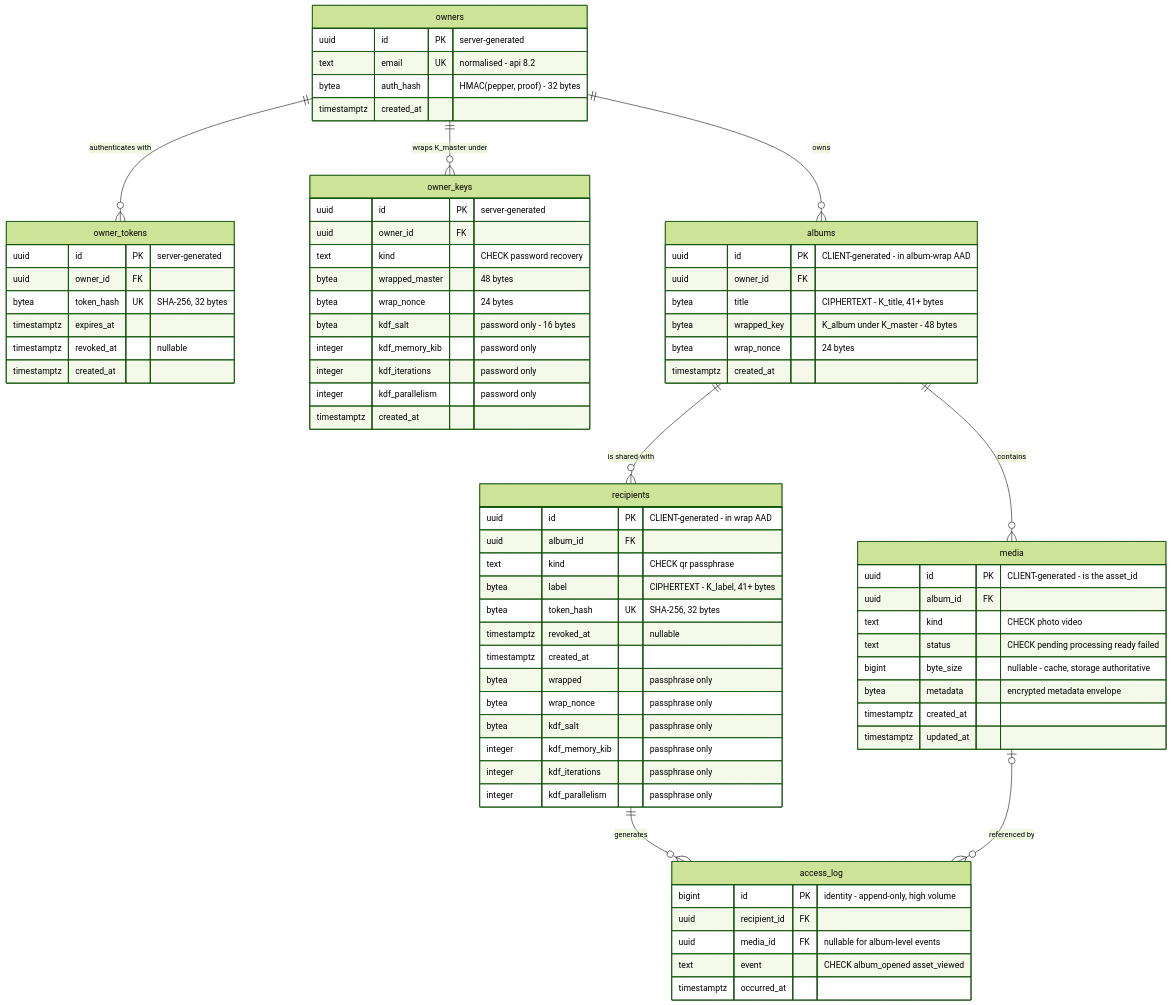
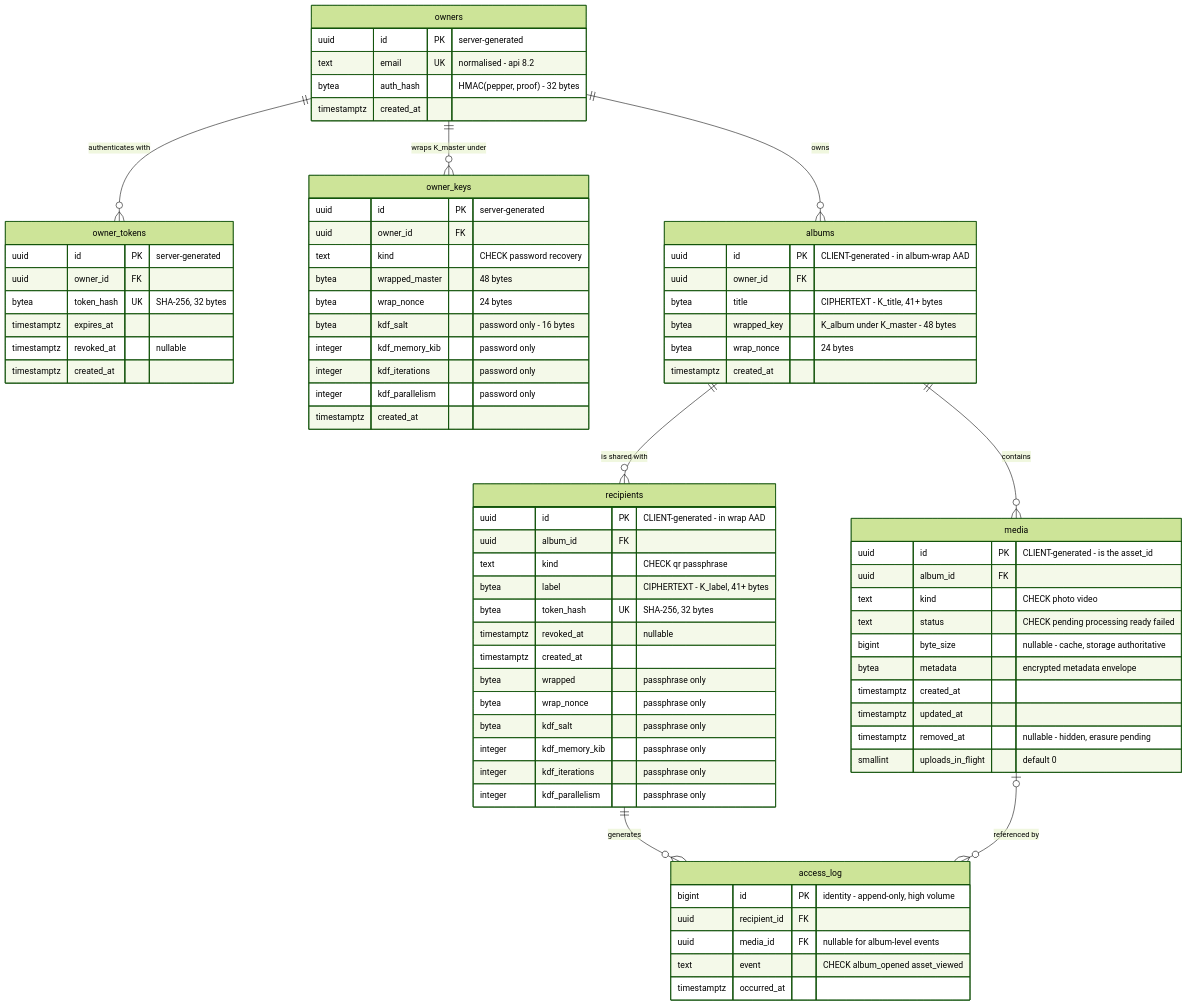
One commit to gonzalogarahuetes/vitrina changed the diagram in spec/vitrina-schema.md. Above: the diagram before and after it, drawn with Mermaid (forest theme). The commit also changed other lines of this file and 3 other files, not shown here.

Commit message:
docs(spec): update files with last decisions about refreshed sessions and media removal. Create the client flows document.

```diff
--- a/spec/vitrina-schema.md
+++ b/spec/vitrina-schema.md
@@ -95,6 +95,8 @@
         bytea metadata "encrypted metadata envelope"
         timestamptz created_at
         timestamptz updated_at
+        timestamptz removed_at "nullable - hidden, erasure pending"
+        smallint uploads_in_flight "default 0"
     }
 
     recipients {
```
